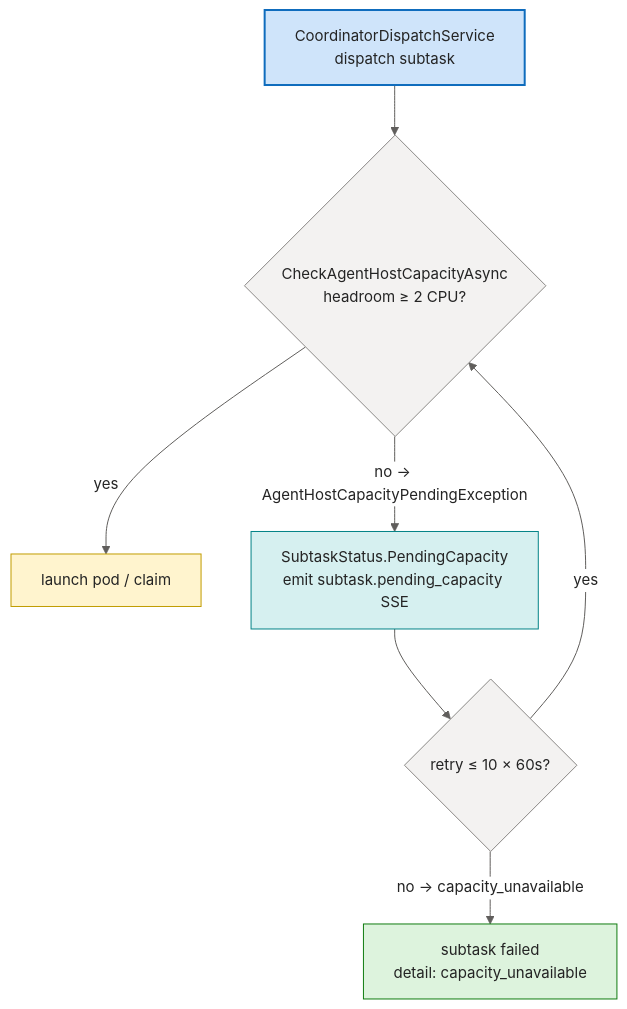
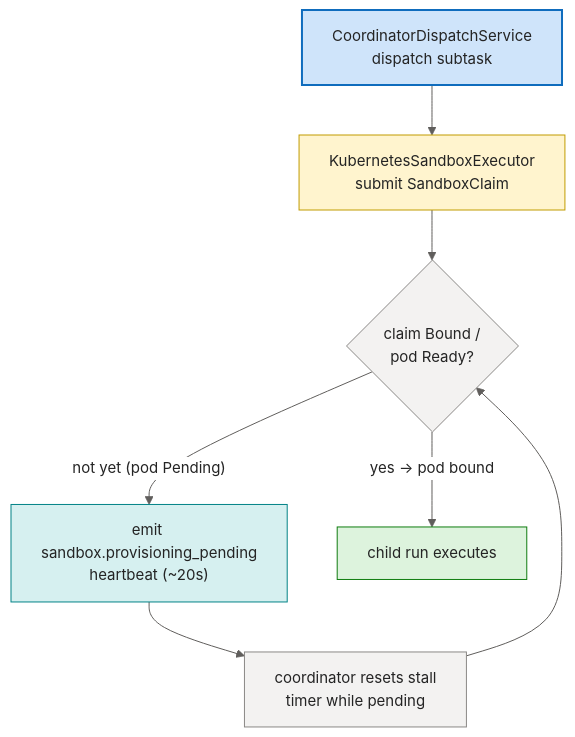
Before and after one commit to sabbour/agentweaver: the seventh of 7 diagrams in docs/deep-dive/sandbox-pod-execution.md, drawn with Mermaid. The commit also changed other lines of this file and 10 other files, not shown here.

First line of the commit message:
docs(#217): sync sandbox/coordinator/quota docs to K8s-owned scheduling

````diff
--- a/docs/deep-dive/sandbox-pod-execution.md
+++ b/docs/deep-dive/sandbox-pod-execution.md
@@ -605,22 +609,22 @@
 ```mermaid
 %%{init: {'theme':'base','themeVariables':{'fontFamily':'Segoe UI, system-ui, -apple-system, sans-serif','fontSize':'15px','primaryColor':'#E8EEF9','primaryBorderColor':'#0F6CBD','primaryTextColor':'#242424','lineColor':'#605E5C','clusterBkg':'#FAF9F8','clusterBorder':'#D2D0CE','edgeLabelBackground':'#FFFFFF'}}}%%
 flowchart TD
-    Dispatch["CoordinatorDispatchService<br/>dispatch subtask"] --> Check{"CheckAgentHostCapacityAsync<br/>headroom ≥ 2 CPU?"}
-    Check -- yes --> Launch["launch pod / claim"]
-    Check -- "no → AgentHostCapacityPendingException" --> Pending["SubtaskStatus.PendingCapacity<br/>emit subtask.pending_capacity SSE"]
-    Pending --> Retry{"retry ≤ 10 × 60s?"}
-    Retry -- yes --> Check
-    Retry -- "no → capacity_unavailable" --> Failed["subtask failed<br/>detail: capacity_unavailable"]
+    Dispatch["CoordinatorDispatchService<br/>dispatch subtask"] --> Submit["KubernetesSandboxExecutor<br/>submit SandboxClaim"]
+    Submit --> Wait{"claim Bound /<br/>pod Ready?"}
+    Wait -- "not yet (pod Pending)" --> HB["emit sandbox.provisioning_pending<br/>heartbeat (~20s)"]
+    HB --> Exempt["coordinator resets stall<br/>timer while pending"]
+    Exempt --> Wait
+    Wait -- "yes → pod bound" --> Run["child run executes"]
 
     classDef core fill:#CFE4FA,stroke:#0F6CBD,stroke-width:2px,color:#242424;
     classDef svc fill:#F3F2F1,stroke:#8A8886,stroke-width:1px,color:#242424;
     classDef data fill:#FFF4CE,stroke:#C19C00,stroke-width:1px,color:#242424;
     classDef runtime fill:#DDF3DD,stroke:#107C10,stroke-width:1px,color:#242424;
     classDef evt fill:#D6F0F0,stroke:#038387,stroke-width:1px,color:#242424;
 
     class Dispatch core;
-    class Check,Retry svc;
-    class Pending evt;
-    class Failed runtime;
-    class Launch data;
+    class Submit data;
+    class Wait,Exempt svc;
+    class HB evt;
+    class Run runtime;
 ```
````
